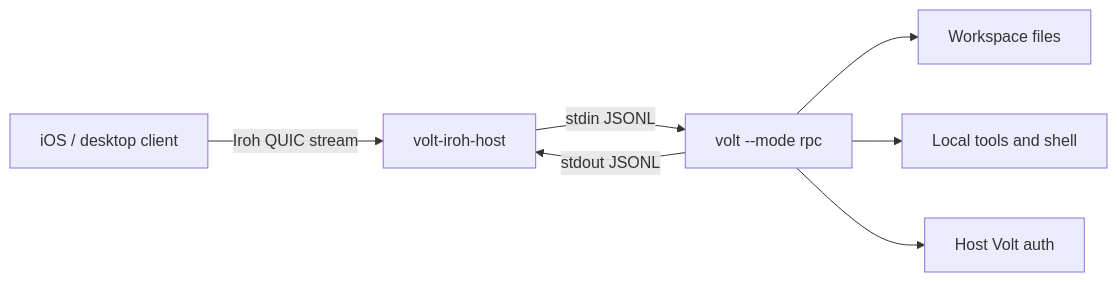
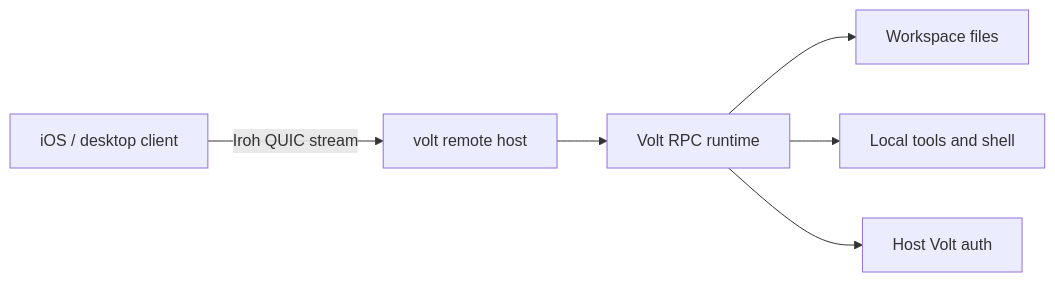
One commit to hansjm10/Volt changed the diagram in packages/coding-agent/docs/iroh-remote-access-design.md. Above: the diagram before and after it, drawn with Mermaid. The commit also changed other lines of this file and 31 other files, not shown here.

Commit message:
feat(coding-agent): add self-contained Iroh remote host

````diff
--- a/packages/coding-agent/docs/iroh-remote-access-design.md
+++ b/packages/coding-agent/docs/iroh-remote-access-design.md
@@ -54,9 +54,8 @@
 ```mermaid
 flowchart LR
-    Mobile[iOS / desktop client] -->|Iroh QUIC stream| Host[volt-iroh-host]
-    Host -->|stdin JSONL| Rpc[volt --mode rpc]
-    Rpc -->|stdout JSONL| Host
-    Rpc --> Files[Workspace files]
-    Rpc --> Tools[Local tools and shell]
-    Rpc --> Auth[Host Volt auth]
+    Mobile[iOS / desktop client] -->|Iroh QUIC stream| Host[volt remote host]
+    Host --> Runtime[Volt RPC runtime]
+    Runtime --> Files[Workspace files]
+    Runtime --> Tools[Local tools and shell]
+    Runtime --> Auth[Host Volt auth]
 ```
````
